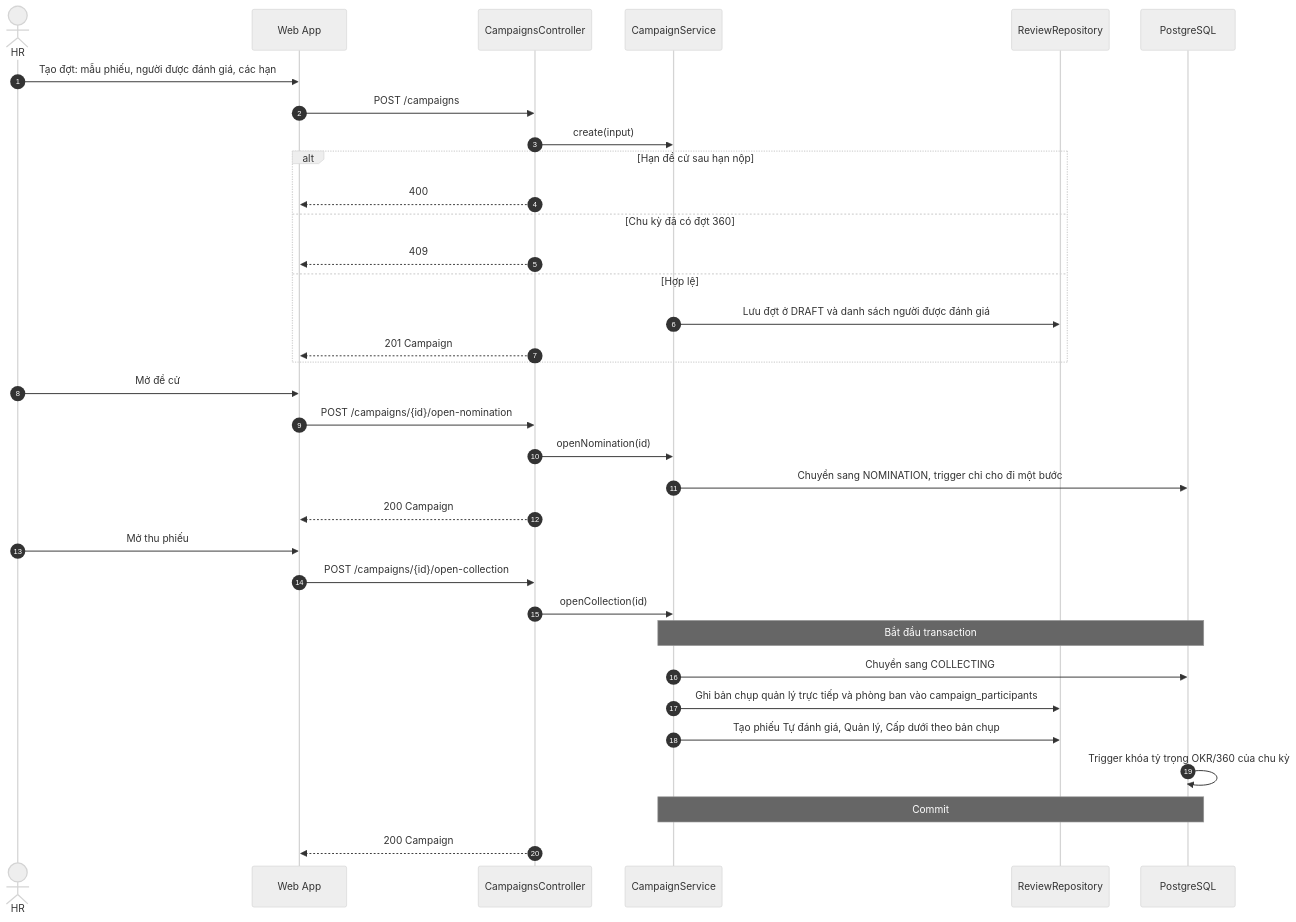
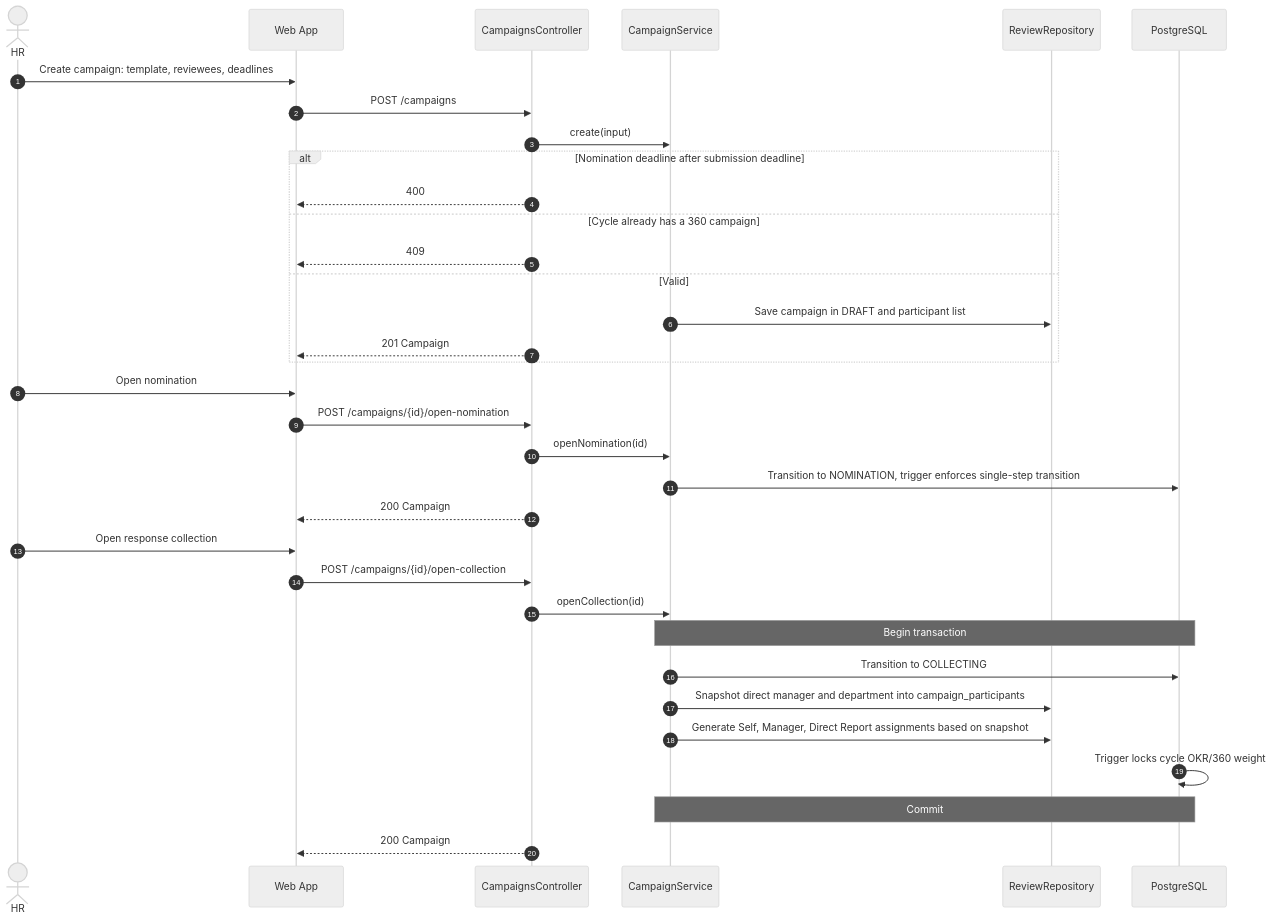
Diagram 16 of 32 in docs/architecture/sequence-diagrams.md (Akaza-ban/OCK-360), drawn with Mermaid (neutral theme) before and after one commit. The commit also changed other lines of this file and 24 other files, not shown here.

````diff
--- a/docs/architecture/sequence-diagrams.md
+++ b/docs/architecture/sequence-diagrams.md
@@ -562,37 +562,37 @@
 ```mermaid
 sequenceDiagram
     autonumber
     actor HR as HR
     participant W as Web App
     participant C as CampaignsController
     participant S as CampaignService
     participant R as ReviewRepository
     participant DB as PostgreSQL
 
-    HR->>W: Tạo đợt: mẫu phiếu, người được đánh giá, các hạn
+    HR->>W: Create campaign: template, reviewees, deadlines
     W->>C: POST /campaigns
     C->>S: create(input)
-    alt Hạn đề cử sau hạn nộp
+    alt Nomination deadline after submission deadline
         C-->>W: 400
-    else Chu kỳ đã có đợt 360
+    else Cycle already has a 360 campaign
         C-->>W: 409
-    else Hợp lệ
-        S->>R: Lưu đợt ở DRAFT và danh sách người được đánh giá
+    else Valid
+        S->>R: Save campaign in DRAFT and participant list
         C-->>W: 201 Campaign
     end
-    HR->>W: Mở đề cử
+    HR->>W: Open nomination
     W->>C: POST /campaigns/{id}/open-nomination
     C->>S: openNomination(id)
-    S->>DB: Chuyển sang NOMINATION, trigger chỉ cho đi một bước
+    S->>DB: Transition to NOMINATION, trigger enforces single-step transition
     C-->>W: 200 Campaign
-    HR->>W: Mở thu phiếu
+    HR->>W: Open response collection
     W->>C: POST /campaigns/{id}/open-collection
     C->>S: openCollection(id)
-    Note over S,DB: Bắt đầu transaction
-    S->>DB: Chuyển sang COLLECTING
-    S->>R: Ghi bản chụp quản lý trực tiếp và phòng ban vào campaign_participants
-    S->>R: Tạo phiếu Tự đánh giá, Quản lý, Cấp dưới theo bản chụp
-    DB->>DB: Trigger khóa tỷ trọng OKR/360 của chu kỳ
+    Note over S,DB: Begin transaction
+    S->>DB: Transition to COLLECTING
+    S->>R: Snapshot direct manager and department into campaign_participants
+    S->>R: Generate Self, Manager, Direct Report assignments based on snapshot
+    DB->>DB: Trigger locks cycle OKR/360 weight
     Note over S,DB: Commit
     C-->>W: 200 Campaign
 ```
````
